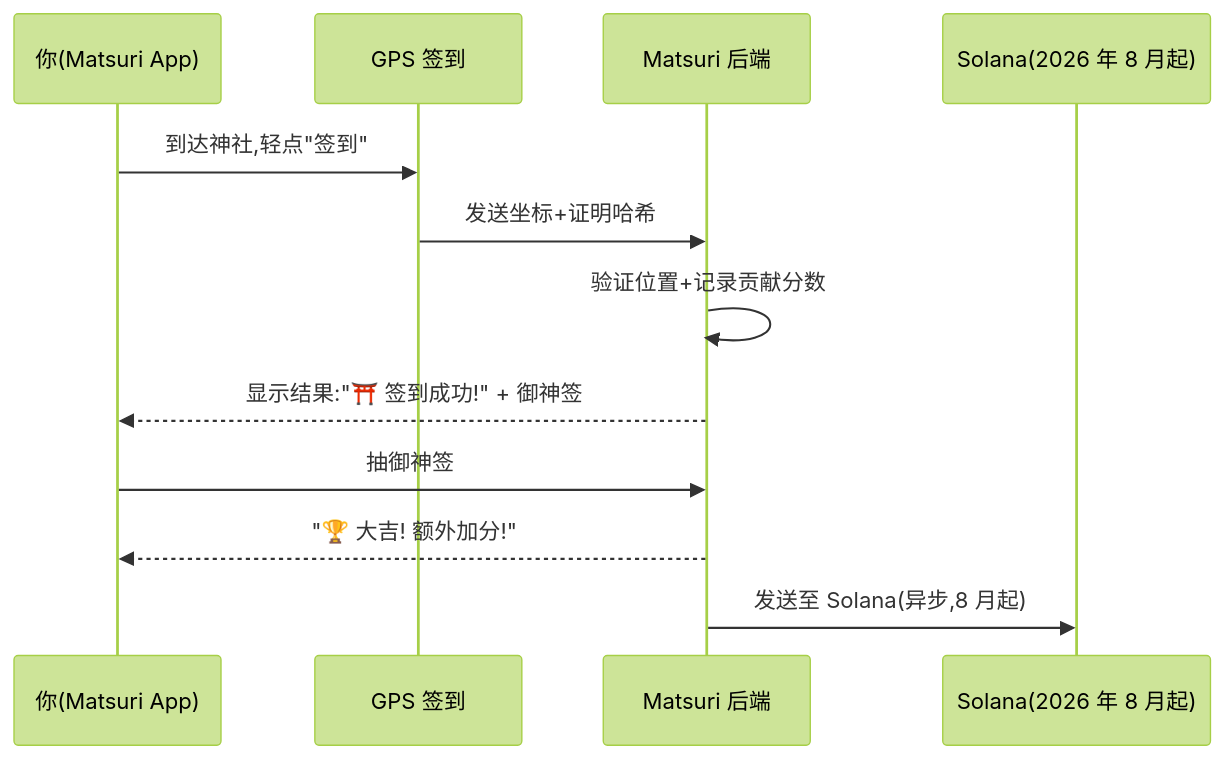
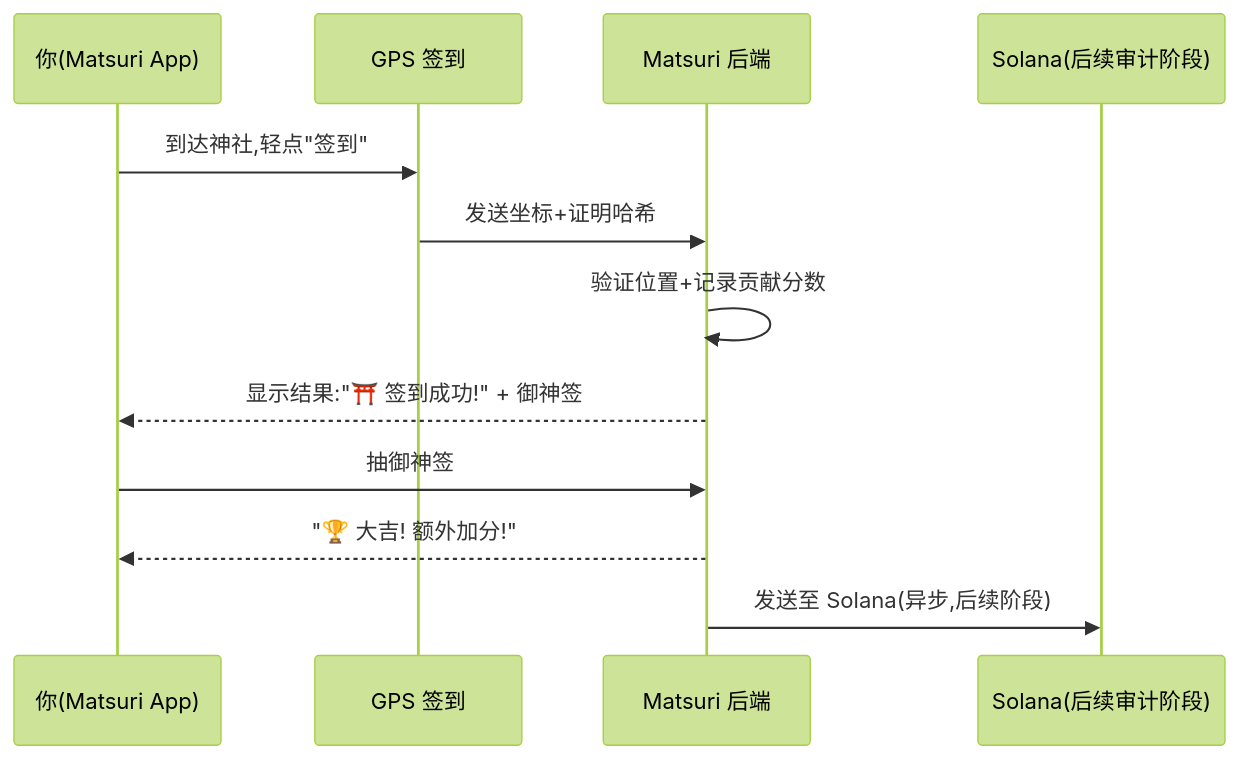
Before and after one commit to Cootakahashi/matsuri-dao-whitepaper: the third of 4 diagrams in i18n/zh-Hans/docusaurus-plugin-content-docs/current/04-mining.md, drawn with Mermaid (forest theme). The commit also changed other lines of this file and 79 other files, not shown here.

First line of the commit message:
docs: re-sequence on-chain roadmap to match the staged Hashlock audit (20 locales)

````diff
--- a/i18n/zh-Hans/docusaurus-plugin-content-docs/current/04-mining.md
+++ b/i18n/zh-Hans/docusaurus-plugin-content-docs/current/04-mining.md
@@ -109,15 +109,15 @@
 ```mermaid
 sequenceDiagram
     participant U as 你(Matsuri App)
     participant GPS as GPS 签到
     participant API as Matsuri 后端
-    participant SC as Solana(2026 年 8 月起)
+    participant SC as Solana(后续审计阶段)
 
     U->>GPS: 到达神社,轻点"签到"
     GPS->>API: 发送坐标+证明哈希
     API->>API: 验证位置+记录贡献分数
     API-->>U: 显示结果:"⛩️ 签到成功!" + 御神签
     U->>API: 抽御神签
     API-->>U: "🏆 大吉! 额外加分!"
-    API->>SC: 发送至 Solana(异步,8 月起)
+    API->>SC: 发送至 Solana(异步,后续阶段)
 ```
````
